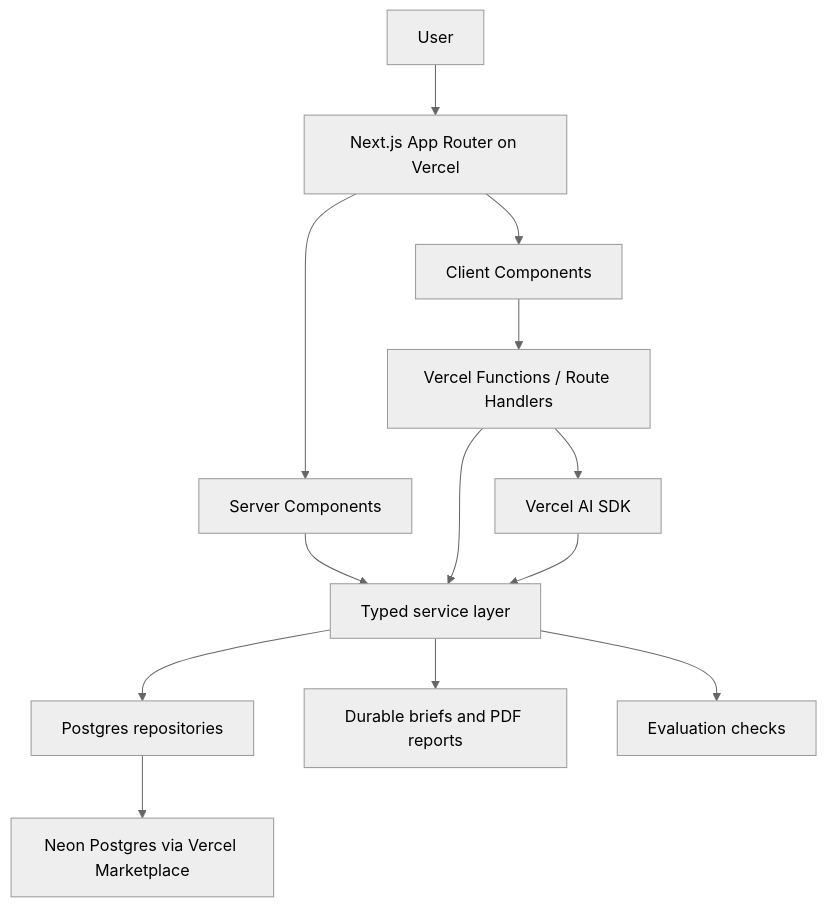
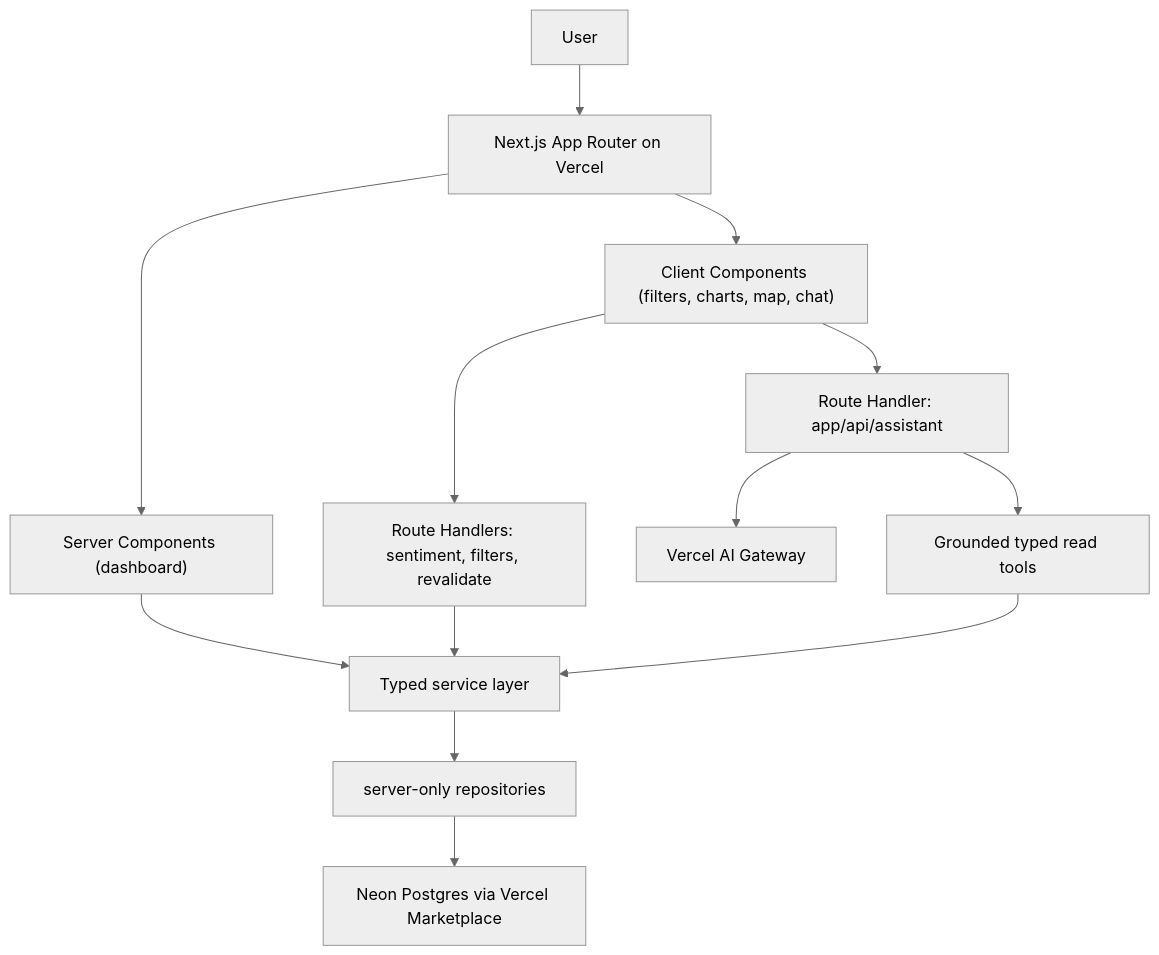
One commit to paiwandkarem/placepulse-sentiment-console changed the diagram in README.md. Above: the diagram before and after it, drawn with Mermaid (neutral theme). The commit also changed other lines of this file, not shown here.

Commit message:
docs: rewrite README for the updated app

````diff
--- a/README.md
+++ b/README.md
@@ -53,27 +75,27 @@
 ```mermaid
 flowchart TD
   User["User"]
   App["Next.js App Router on Vercel"]
-  ServerComponents["Server Components"]
-  ClientComponents["Client Components"]
-  RouteHandlers["Vercel Functions / Route Handlers"]
+  ServerComponents["Server Components (dashboard)"]
+  ClientComponents["Client Components (filters, charts, map, chat)"]
+  AssistantRoute["Route Handler: app/api/assistant"]
+  SentimentRoutes["Route Handlers: sentiment, filters, revalidate"]
   Services["Typed service layer"]
-  Repositories["Postgres repositories"]
+  Repositories["server-only repositories"]
   Database["Neon Postgres via Vercel Marketplace"]
-  AISDK["Vercel AI SDK"]
-  Briefs["Durable briefs and PDF reports"]
-  Evals["Evaluation checks"]
+  Gateway["Vercel AI Gateway"]
+  Tools["Grounded typed read tools"]
 
   User --> App
   App --> ServerComponents
   App --> ClientComponents
   ServerComponents --> Services
-  ClientComponents --> RouteHandlers
-  RouteHandlers --> Services
+  ClientComponents --> SentimentRoutes
+  ClientComponents --> AssistantRoute
+  SentimentRoutes --> Services
+  AssistantRoute --> Gateway
+  AssistantRoute --> Tools
+  Tools --> Services
   Services --> Repositories
   Repositories --> Database
-  RouteHandlers --> AISDK
-  AISDK --> Services
-  Services --> Briefs
-  Services --> Evals
 ```
````
